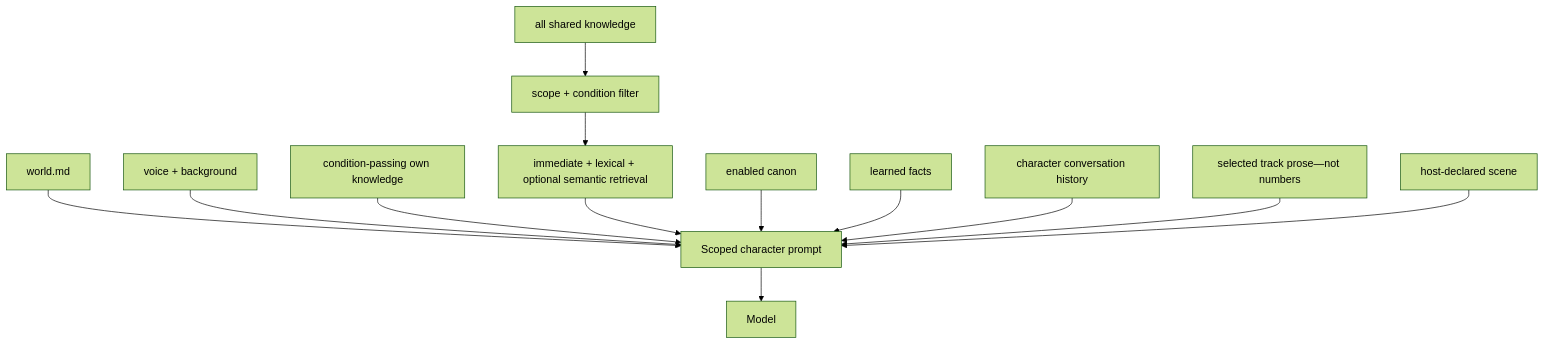
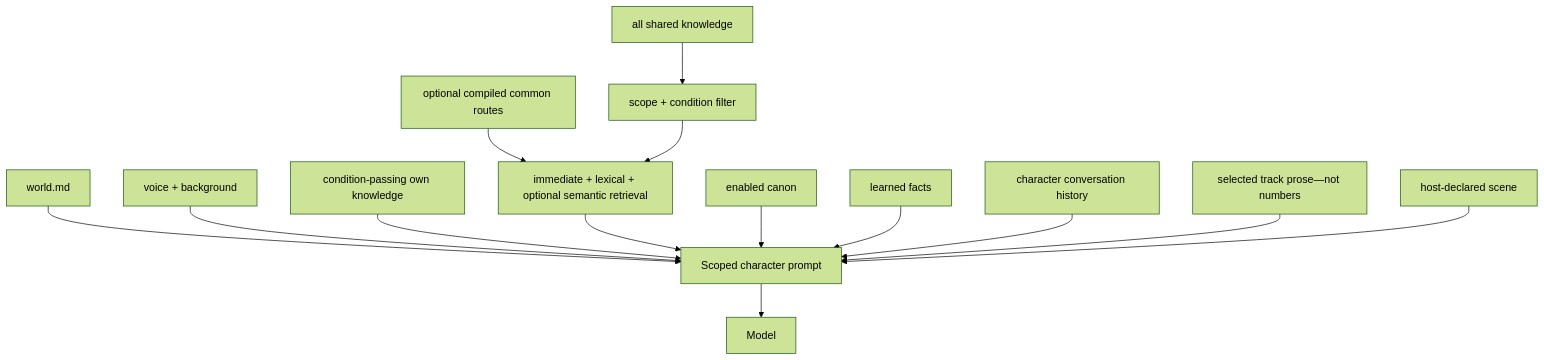
Before and after one commit to Desagidit/darps: the fourth of 5 diagrams in docs/internals/data-flow.md, drawn with Mermaid (forest theme). The commit also changed other lines of this file and 36 other files, not shown here.

````diff
--- a/docs/internals/data-flow.md
+++ b/docs/internals/data-flow.md
@@ -58,15 +76,16 @@
 ```mermaid
 flowchart TD
     World["world.md"] --> Briefing
     Character["voice + background"] --> Briefing
     Own["condition-passing own knowledge"] --> Briefing
     AllShared["all shared knowledge"] --> Safe["scope + condition filter"]
+    Cache["optional compiled common routes"] --> Relevant
     Safe --> Relevant["immediate + lexical + optional semantic retrieval"]
     Relevant --> Briefing
     Canon["enabled canon"] --> Briefing
     Journal["learned facts"] --> Briefing
     History["character conversation history"] --> Briefing
     Track["selected track prose—not numbers"] --> Briefing
     Scene["host-declared scene"] --> Briefing
     Briefing["Scoped character prompt"] --> Model
 ```
````
